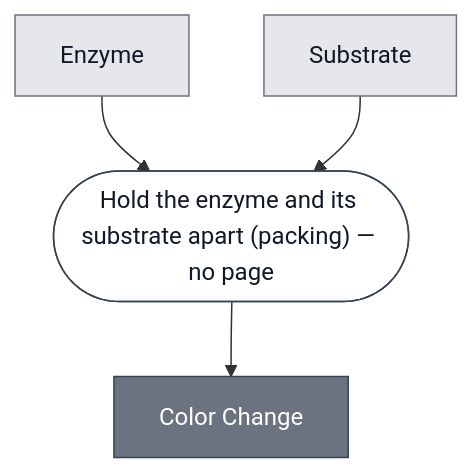
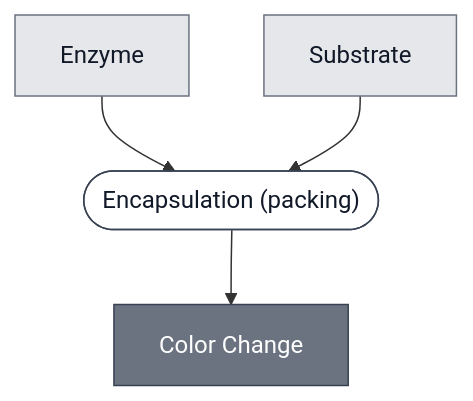
The diagram in docs/modules/color-change/spec.md (nucleus-eng/nucleus-docs), drawn with Mermaid before and after one commit. The commit also changed other lines of this file and 18 other files, not shown here.

````diff
--- a/docs/modules/color-change/spec.md
+++ b/docs/modules/color-change/spec.md
@@ -37,22 +31,23 @@
 ```mermaid
 flowchart TD
     ENZYME["Enzyme"]
     SUBSTRATE["Substrate"]
 
-    P1_SEPARATE_ENZYME_AND_SUBSTRATE_0(["Hold the enzyme and its substrate apart (packing) — no page"])
+    P1_SEPARATE_ENZYME_AND_SUBSTRATE_0(["Encapsulation (packing)"])
     COLOR_CHANGE["Color Change"]
 
     ENZYME --> P1_SEPARATE_ENZYME_AND_SUBSTRATE_0
     SUBSTRATE --> P1_SEPARATE_ENZYME_AND_SUBSTRATE_0
     P1_SEPARATE_ENZYME_AND_SUBSTRATE_0 --> COLOR_CHANGE
 
 
     classDef leaf     fill:#e5e7eb,stroke:#6b7280,color:#111827;
     classDef composed fill:#6b7280,stroke:#374151,color:#ffffff;
     classDef process  fill:#ffffff,stroke:#374151,color:#111827;
     class ENZYME,SUBSTRATE leaf;
     class COLOR_CHANGE composed;
     class P1_SEPARATE_ENZYME_AND_SUBSTRATE_0 process;
 
+    click P1_SEPARATE_ENZYME_AND_SUBSTRATE_0 "/docs/processes/encapsulate/main"
     click COLOR_CHANGE "/docs/modules/color-change/spec"
 ```
````
